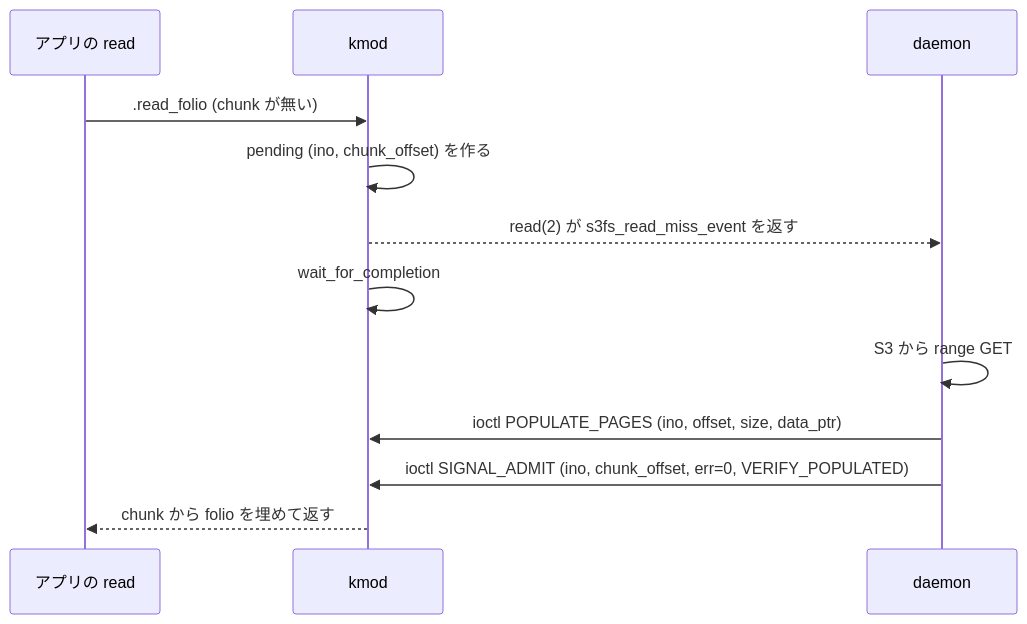
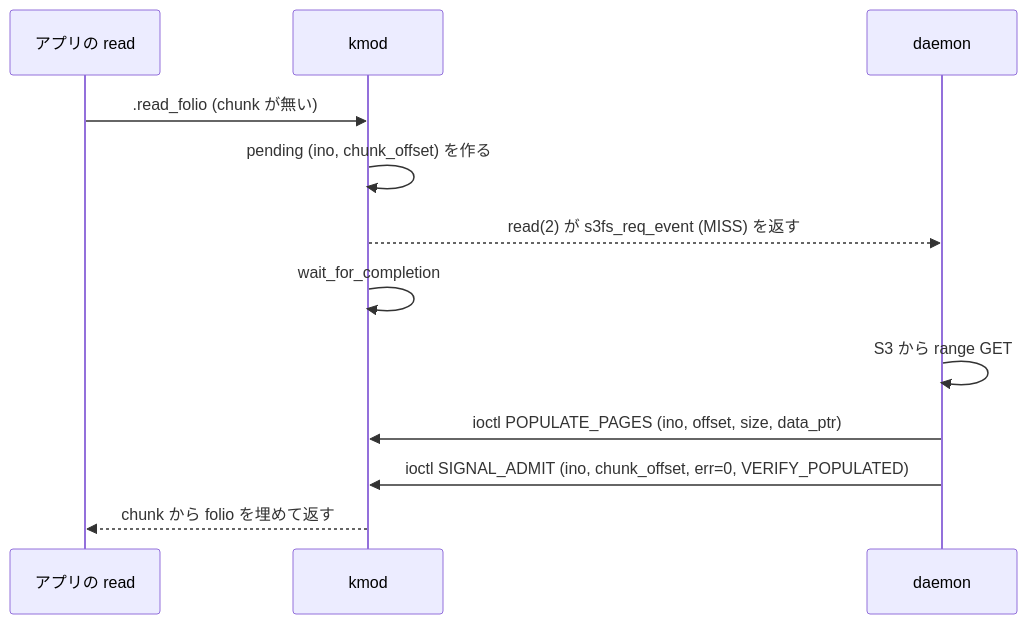
The diagram in docs/design/dev-s3fs-ebpf-protocol.md (masu-mi/s3fs-ebpf), drawn with Mermaid before and after one commit. The commit also changed other lines of this file and 26 other files, not shown here.

First line of the commit message:
v2 Phase 4 (part 2): one request queue (reqq) and one read(2) port for miss / flush / delete / rename

````diff
--- a/docs/design/dev-s3fs-ebpf-protocol.md
+++ b/docs/design/dev-s3fs-ebpf-protocol.md
@@ -97,14 +113,14 @@
 ```mermaid
 sequenceDiagram
     participant App as アプリの read
     participant K as kmod
     participant D as daemon
     App->>K: .read_folio (chunk が無い)
     K->>K: pending (ino, chunk_offset) を作る
-    K-->>D: read(2) が s3fs_read_miss_event を返す
+    K-->>D: read(2) が s3fs_req_event (MISS) を返す
     K->>K: wait_for_completion
     D->>D: S3 から range GET
     D->>K: ioctl POPULATE_PAGES (ino, offset, size, data_ptr)
     D->>K: ioctl SIGNAL_ADMIT (ino, chunk_offset, err=0, VERIFY_POPULATED)
     K-->>App: chunk から folio を埋めて返す
 ```
````
